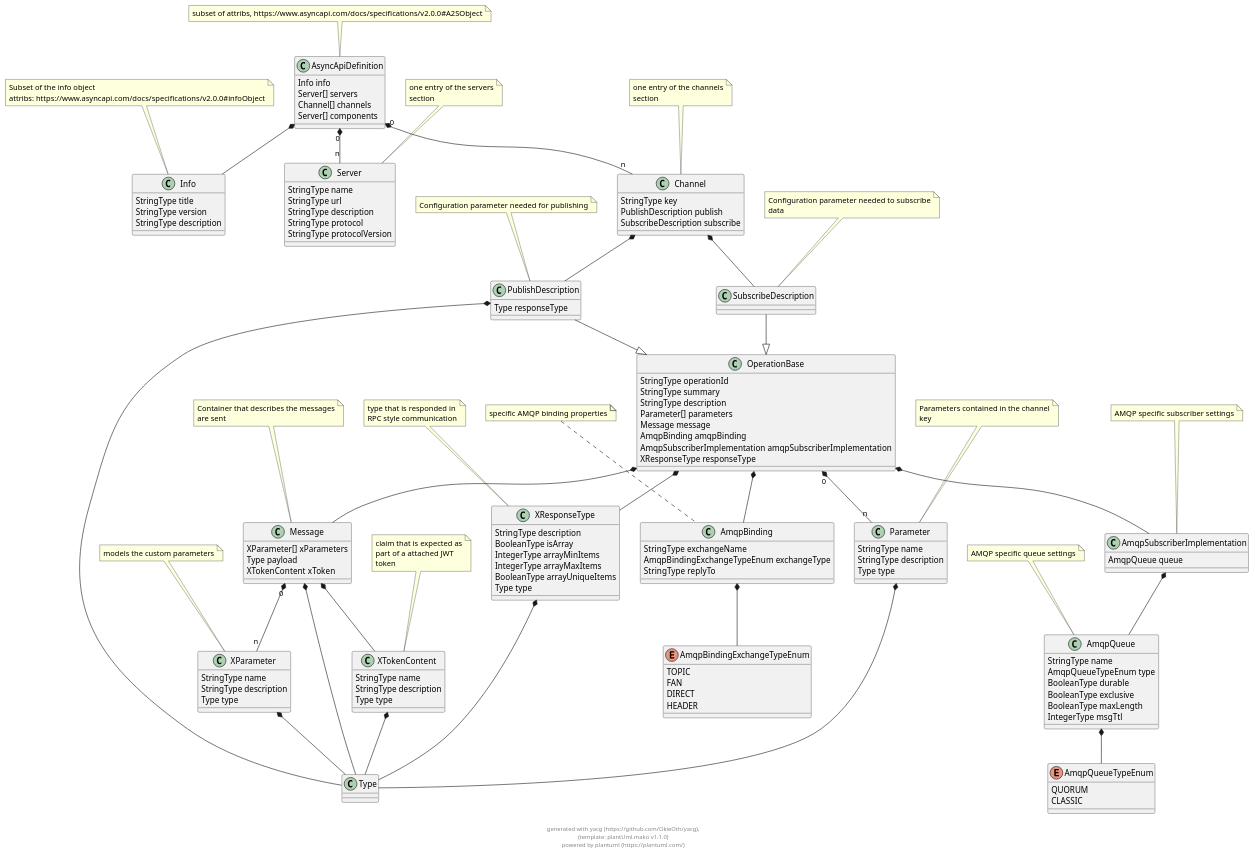
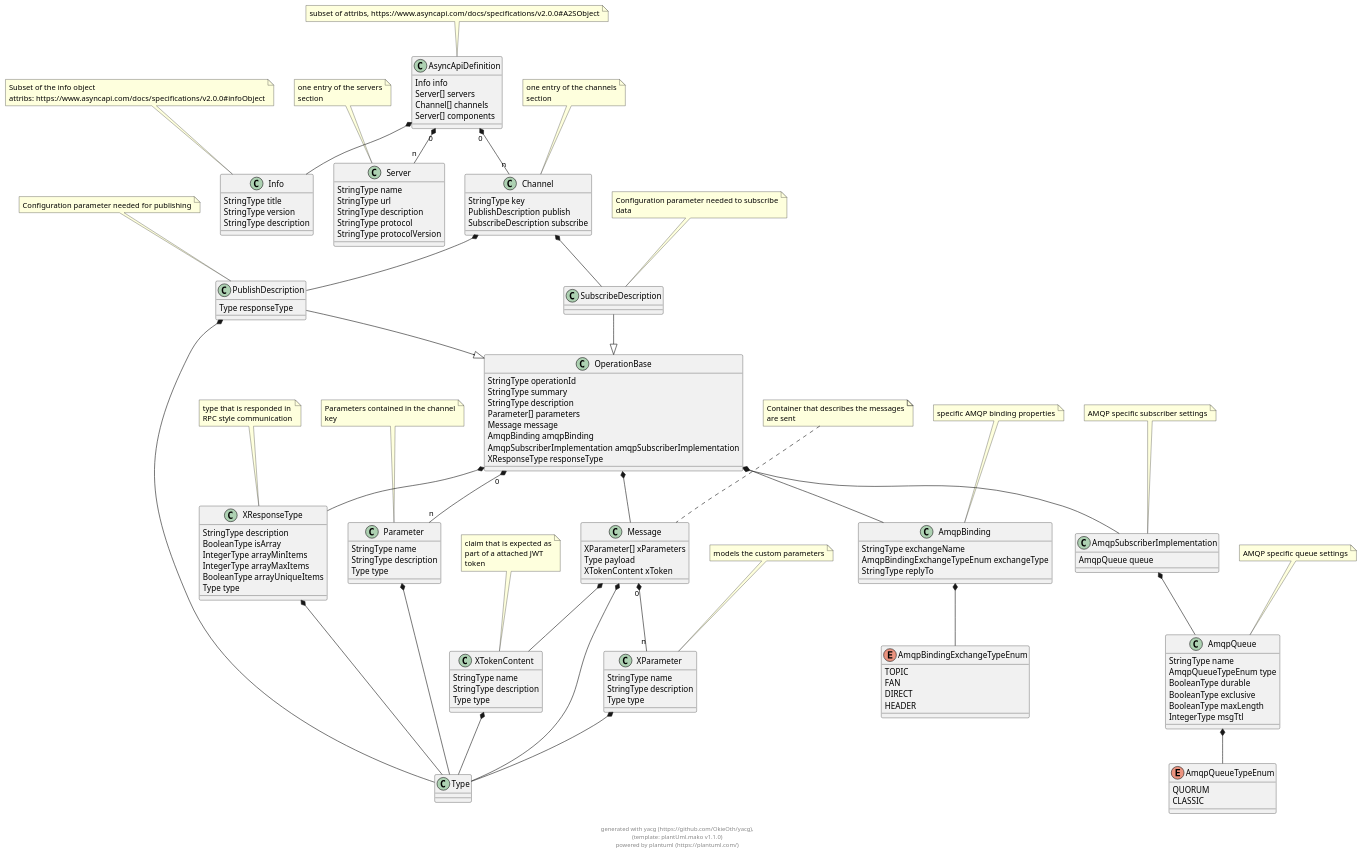
One commit to SpeedsterF2/yacg changed the diagram in docs/puml/yacg_asyncapi.puml. Above: the diagram before and after it, drawn with PlantUML. The commit also changed other lines of this file and 4 other files, not shown here.

```diff
--- a/docs/puml/yacg_asyncapi.puml
+++ b/docs/puml/yacg_asyncapi.puml
@@ -2,53 +2,5 @@
 @startuml
 
-class AsyncApiDefinition {
-        Info info 
-        Server[] servers 
-        Channel[] channels 
-        Server[] components 
-}
-
-note top: subset of attribs, https://www.asyncapi.com/docs/specifications/v2.0.0#A2SObject
-
-class Info {
-        StringType title 
-        StringType version 
-        StringType description 
-}
-
-note top: Subset of the info object\nattribs: https://www.asyncapi.com/docs/specifications/v2.0.0#infoObject
-
-class Server {
-        StringType name 
-        StringType url 
-        StringType description 
-        StringType protocol 
-        StringType protocolVersion 
-}
-
-note top: one entry of the servers\nsection
-
-class Channel {
-        StringType key 
-        PublishDescription publish 
-        SubscribeDescription subscribe 
-}
-
-note top: one entry of the channels\nsection
-
-class PublishDescription {
-        Type responseType 
-}
-
-note top: Configuration parameter needed for publishing
-
-PublishDescription --|> OperationBase
-class SubscribeDescription {
-}
-
-note top: Configuration parameter needed to subscribe\ndata
-
-SubscribeDescription --|> OperationBase
 class OperationBase {
         StringType operationId 
         StringType summary 
@@ -102,6 +54,54 @@
 
 note top: type that is responded in\nRPC style communication
 
+class AsyncApiDefinition {
+        Info info 
+        Server[] servers 
+        Channel[] channels 
+        Server[] components 
+}
+
+note top: subset of attribs, https://www.asyncapi.com/docs/specifications/v2.0.0#A2SObject
+
+class Info {
+        StringType title 
+        StringType version 
+        StringType description 
+}
+
+note top: Subset of the info object\nattribs: https://www.asyncapi.com/docs/specifications/v2.0.0#infoObject
+
+class Server {
+        StringType name 
+        StringType url 
+        StringType description 
+        StringType protocol 
+        StringType protocolVersion 
+}
+
+note top: one entry of the servers\nsection
+
+class Channel {
+        StringType key 
+        PublishDescription publish 
+        SubscribeDescription subscribe 
+}
+
+note top: one entry of the channels\nsection
+
+class PublishDescription {
+        Type responseType 
+}
+
+note top: Configuration parameter needed for publishing
+
+PublishDescription --|> OperationBase
+class SubscribeDescription {
+}
+
+note top: Configuration parameter needed to subscribe\ndata
+
+SubscribeDescription --|> OperationBase
 class XParameter {
         StringType name 
         StringType description 
@@ -145,24 +145,6 @@
 
 
     
-AsyncApiDefinition  *--  Info        
-            
-AsyncApiDefinition "0" *-- "n" Server        
-            
-AsyncApiDefinition "0" *-- "n" Channel        
-            
-    
-    
-    
-Channel  *--  PublishDescription        
-            
-Channel  *--  SubscribeDescription        
-            
-    
-PublishDescription  *--  Type        
-            
-    
-    
 OperationBase "0" *-- "n" Parameter        
             
 OperationBase  *--  Message        
@@ -193,6 +175,24 @@
 XResponseType  *--  Type        
             
     
+AsyncApiDefinition  *--  Info        
+            
+AsyncApiDefinition "0" *-- "n" Server        
+            
+AsyncApiDefinition "0" *-- "n" Channel        
+            
+    
+    
+    
+Channel  *--  PublishDescription        
+            
+Channel  *--  SubscribeDescription        
+            
+    
+PublishDescription  *--  Type        
+            
+    
+    
 XParameter  *--  Type        
             
     
```
